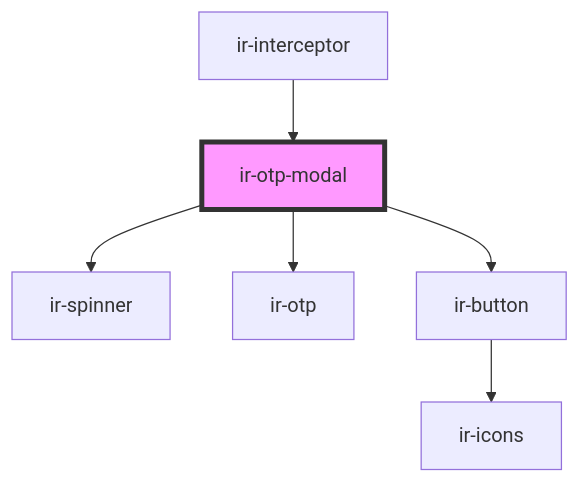
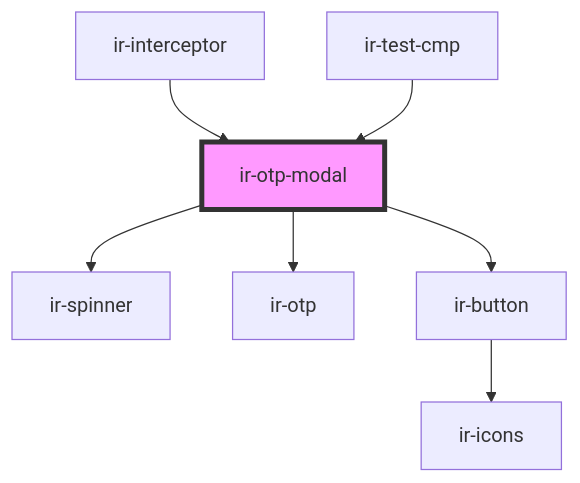
Before and after one commit to RonyRizk/ir-webcmp: the diagram in src/components/ir-otp-modal/readme.md, drawn with Mermaid. The commit also changed other lines of this file and 508 other files, not shown here.

````diff
--- a/src/components/ir-otp-modal/readme.md
+++ b/src/components/ir-otp-modal/readme.md
@@ -65,9 +66,10 @@
 ```mermaid
 graph TD;
   ir-otp-modal --> ir-spinner
   ir-otp-modal --> ir-otp
   ir-otp-modal --> ir-button
   ir-button --> ir-icons
   ir-interceptor --> ir-otp-modal
+  ir-test-cmp --> ir-otp-modal
   style ir-otp-modal fill:#f9f,stroke:#333,stroke-width:4px
 ```
````
